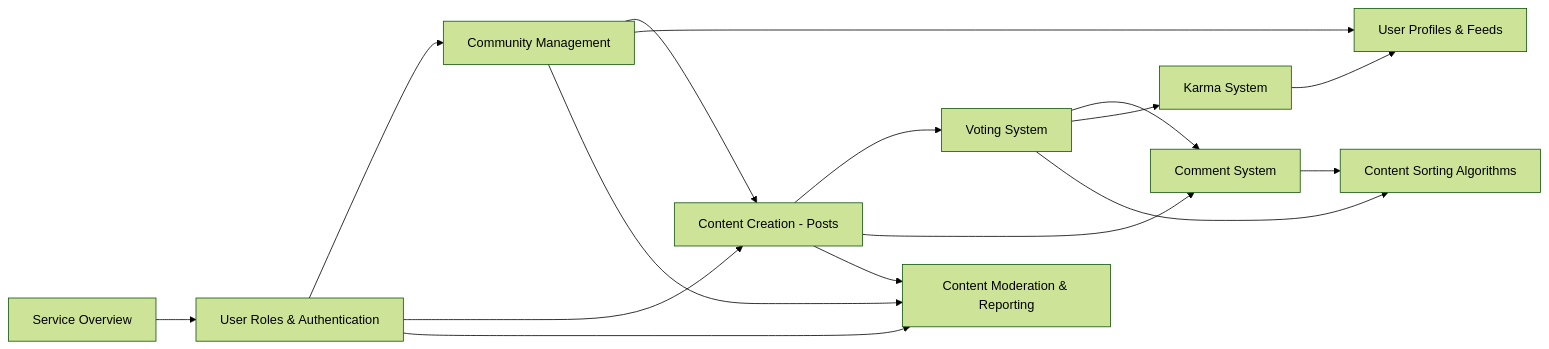
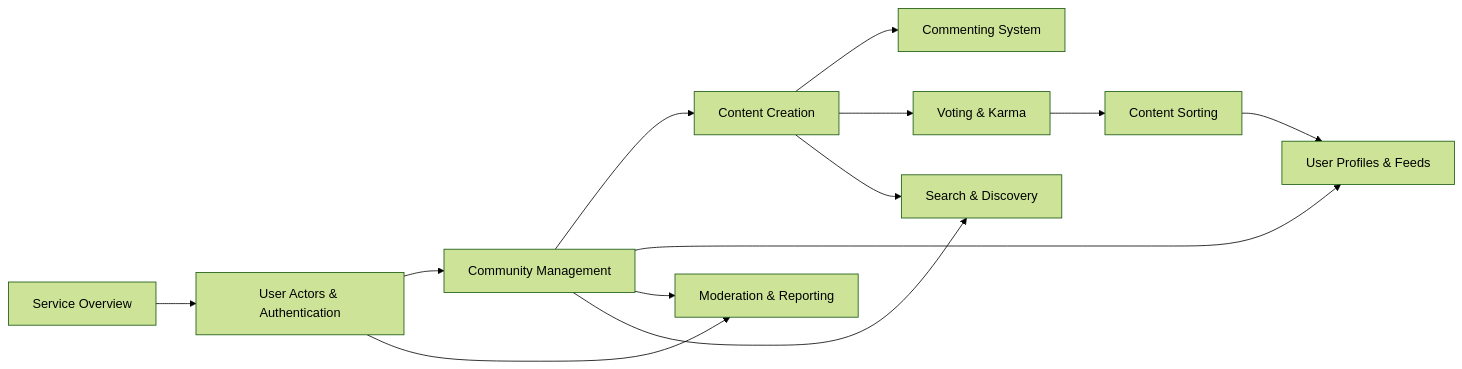
One commit to wrtnlabs/autobe-examples changed the diagram in anthropic/claude-sonnet-4.5/reddit/docs/analysis/00-toc.md. Above: the diagram before and after it, drawn with Mermaid (forest theme). The commit also changed other lines of this file and 16146 other files, not shown here.

````diff
--- a/anthropic/claude-sonnet-4.5/reddit/docs/analysis/00-toc.md
+++ b/anthropic/claude-sonnet-4.5/reddit/docs/analysis/00-toc.md
@@ -232,18 +90,15 @@
 ```mermaid
 graph LR
-    A["Service Overview"] --> B["User Roles & Authentication"]
+    A["Service Overview"] --> B["User Actors & Authentication"]
     B --> C["Community Management"]
-    B --> D["Content Creation - Posts"]
-    C --> D
-    D --> E["Voting System"]
-    D --> F["Comment System"]
-    E --> F
-    E --> G["Karma System"]
-    E --> H["Content Sorting Algorithms"]
-    F --> H
-    C --> I["User Profiles & Feeds"]
-    G --> I
-    B --> J["Content Moderation & Reporting"]
-    C --> J
+    C --> D["Content Creation"]
+    D --> E["Commenting System"]
+    D --> F["Voting & Karma"]
+    F --> G["Content Sorting"]
+    C --> H["User Profiles & Feeds"]
+    G --> H
+    B --> I["Moderation & Reporting"]
+    C --> I
+    C --> J["Search & Discovery"]
     D --> J
 ```
````
